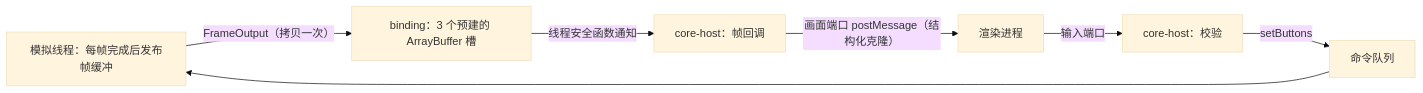
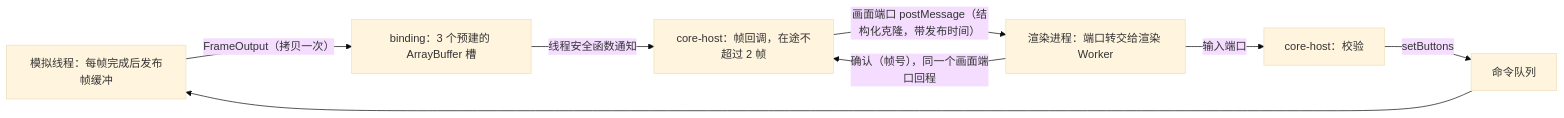
The second of 2 diagrams in ember/docs/01-软件架构设计.md (sungbindev/famiclone), drawn with Mermaid (base theme) before and after one commit. The commit also changed other lines of this file and 46 other files, not shown here.

````diff
--- a/ember/docs/01-软件架构设计.md
+++ b/ember/docs/01-软件架构设计.md
@@ -233,8 +234,9 @@
 ```mermaid
 flowchart LR
   SIM["模拟线程：每帧完成后发布帧缓冲"] -->|"FrameOutput（拷贝一次）"| SLOT["binding：3 个预建的 ArrayBuffer 槽"]
-  SLOT -->|"线程安全函数通知"| HOST["core-host：帧回调"]
-  HOST -->|"画面端口 postMessage（结构化克隆）"| UI["渲染进程"]
+  SLOT -->|"线程安全函数通知"| HOST["core-host：帧回调，在途不超过 2 帧"]
+  HOST -->|"画面端口 postMessage（结构化克隆，带发布时间）"| UI["渲染进程：端口转交给渲染 Worker"]
+  UI -->|"确认（帧号），同一个画面端口回程"| HOST
   UI -->|"输入端口"| HOST2["core-host：校验"]
   HOST2 -->|"setButtons"| Q["命令队列"] --> SIM
 ```
````
